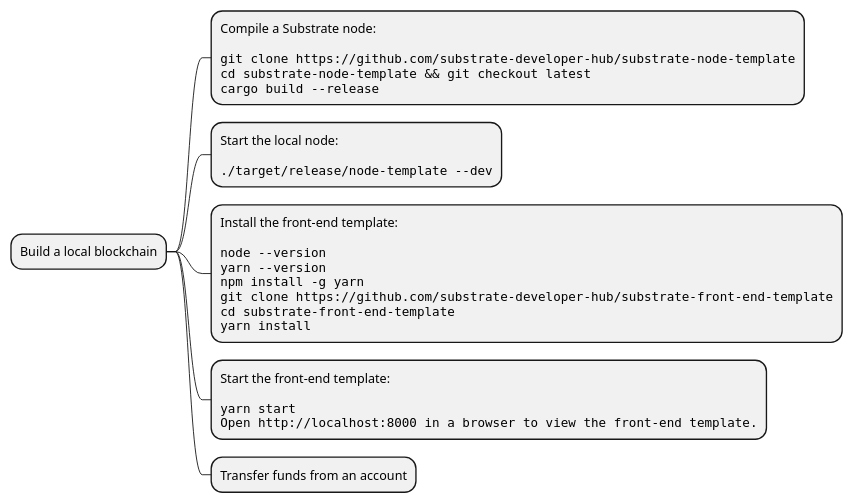
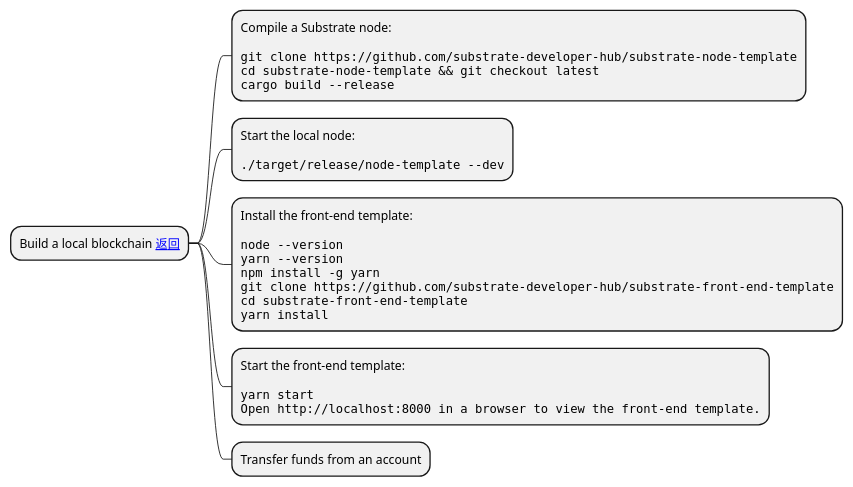
One commit to KuanHsiaoKuo/programming_anatomy_in_rust changed the diagram in materials/plantumls/substrate_tutorials/get-started/build-a-local-blockchain.puml. Above: the diagram before and after it, drawn with PlantUML. The commit also changed 8 other files, not shown here.

Commit message:
给substrate-tutorials.md添加思维导图间的跳转关系

```diff
--- a/materials/plantumls/substrate_tutorials/get-started/build-a-local-blockchain.puml
+++ b/materials/plantumls/substrate_tutorials/get-started/build-a-local-blockchain.puml
@@ -1,34 +1,34 @@
 @startmindmap
 scale 850 width
-* Build a local blockchain
+* Build a local blockchain [[#总览 返回]]
 **:Compile a Substrate node:
 <code>
 
 git clone https://github.com/substrate-developer-hub/substrate-node-template
 cd substrate-node-template && git checkout latest
 cargo build --release
 </code>;
 **:Start the local node:
 <code>
 
 ./target/release/node-template --dev
 </code>;
 **:Install the front-end template:
 <code>
 
 node --version
 yarn --version
 npm install -g yarn
 git clone https://github.com/substrate-developer-hub/substrate-front-end-template
 cd substrate-front-end-template
 yarn install
 </code>;
 **:Start the front-end template:
 <code>
 
 yarn start
 Open http://localhost:8000 in a browser to view the front-end template.
 </code>;
 ** Transfer funds from an account
 
 @endmindmap
```
